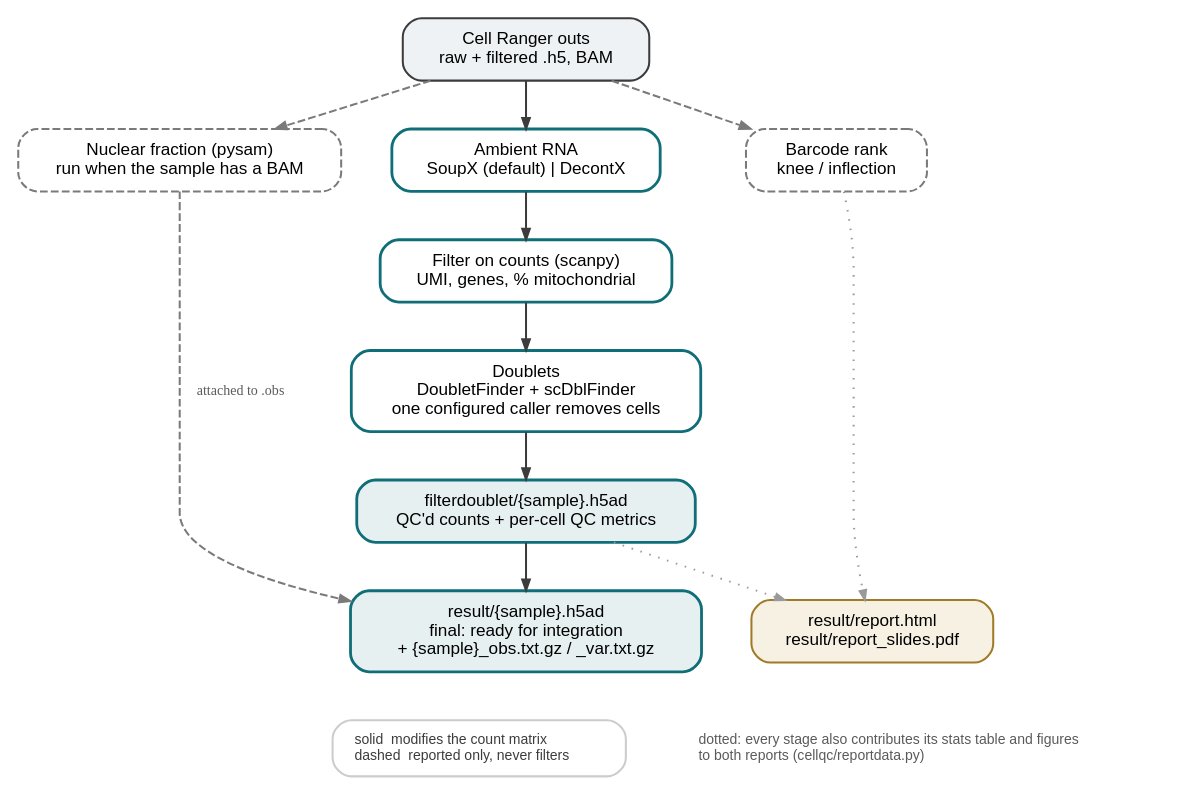
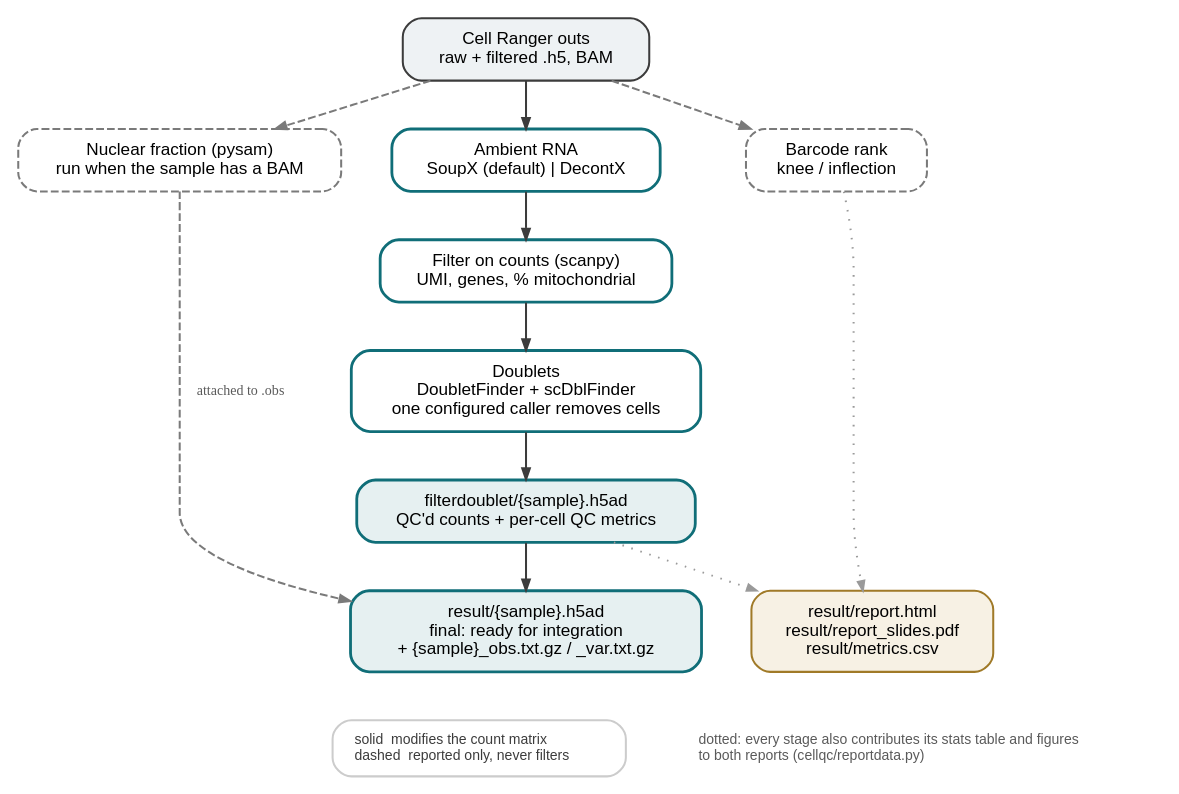
One commit to lijinbio/cellqc changed the diagram in docs/workflow.dot. Above: the diagram before and after it, drawn with Graphviz. The commit also changed 12 other files, not shown here.

```diff
--- a/docs/workflow.dot
+++ b/docs/workflow.dot
@@ -1,66 +1,66 @@
 /* cellqc v0.2.0 pipeline overview -- source for docs/workflow.png.
  *
  * Regenerate with docs/make_figures.sh (or: dot -Tpng -Gdpi=300 docs/workflow.dot
  * -o docs/workflow.png). Keeping the source in the repo is why the v0.1.0
  * diagram could go stale for a whole release: it existed only as a PNG.
  *
  * The one distinction the diagram has to carry is which steps touch the counts.
  * Solid = the count matrix is modified. Dashed = computed and reported, never
  * used to drop a cell.
  */
 digraph cellqc {
 	graph [bgcolor=white, rankdir=TB, nodesep=0.45, ranksep=0.40, fontname="Helvetica"];
 	node [shape=box, style="rounded,filled", fillcolor="#ffffff", color="#3c3c3c",
 		fontname="Helvetica", fontsize=11, penwidth=1.3, margin="0.20,0.11"];
 	edge [color="#3c3c3c", penwidth=1.3, arrowsize=0.7];
 
 	cr [label="Cell Ranger outs\nraw + filtered .h5, BAM", fillcolor="#eef2f4"];
 
 	/* Counts path: each of these rewrites the matrix. */
 	ambient [label="Ambient RNA\nSoupX (default) | DecontX", color="#106e78", penwidth=1.8];
 	filter  [label="Filter on counts (scanpy)\nUMI, genes, % mitochondrial", color="#106e78", penwidth=1.8];
 	doublet [label="Doublets\nDoubletFinder + scDblFinder\none configured caller removes cells",
 		color="#106e78", penwidth=1.8];
 	result  [label="filterdoublet/{sample}.h5ad\nQC'd counts + per-cell QC metrics",
 		fillcolor="#e6f0f1", color="#106e78", penwidth=1.8];
 	post    [label="result/{sample}.h5ad\nfinal: ready for integration\n+ {sample}_obs.txt.gz / _var.txt.gz",
 		fillcolor="#e6f0f1", color="#106e78", penwidth=1.8];
 
 	/* Diagnostics: reported, never applied. */
 	knee [label="Barcode rank\nknee / inflection",
 		style="rounded,dashed,filled", color="#7a7a7a"];
 	nf   [label="Nuclear fraction (pysam)\nrun when the sample has a BAM",
 		style="rounded,dashed,filled", color="#7a7a7a"];
 
-	reports [label="result/report.html\nresult/report_slides.pdf",
+	reports [label="result/report.html\nresult/report_slides.pdf\nresult/metrics.csv",
 		fillcolor="#f7f1e4", color="#a07a28"];
 
 	/* Main chain, weighted so it stays a straight vertical spine. */
 	cr -> ambient [weight=10];
 	ambient -> filter [weight=10];
 	filter -> doublet [weight=10];
 	doublet -> result [weight=10];
 	result -> post [weight=10];
 
 	cr -> knee [style=dashed, color="#7a7a7a"];
 	cr -> nf   [style=dashed, color="#7a7a7a"];
 	nf -> post [style=dashed, color="#7a7a7a", label=" attached to .obs",
 		fontsize=9, fontcolor="#5a5a5a"];
 
 	/* Both reports are built from one collected set of stats, so the HTML and
 	 * the slides cannot describe different runs. */
 	result -> reports [style=dotted, color="#9a9a9a", arrowsize=0.6];
 	knee   -> reports [style=dotted, color="#9a9a9a", arrowsize=0.6];
 
 	note [shape=plaintext, style="", fontsize=9, fontcolor="#5a5a5a",
 		label="dotted: every stage also contributes its stats table and figures\lto both reports (cellqc/reportdata.py)\l"];
 	reports -> note [style=invis];
 
 	legend [shape=box, style="rounded", color="#cccccc", fontsize=9, fontcolor="#3c3c3c",
 		label="solid  modifies the count matrix\ldashed  reported only, never filters\l"];
 	post -> legend [style=invis];
 
 	{ rank=same; knee; ambient; nf; }
 	{ rank=same; post; reports; }
 	{ rank=same; legend; note; }
 }
```
